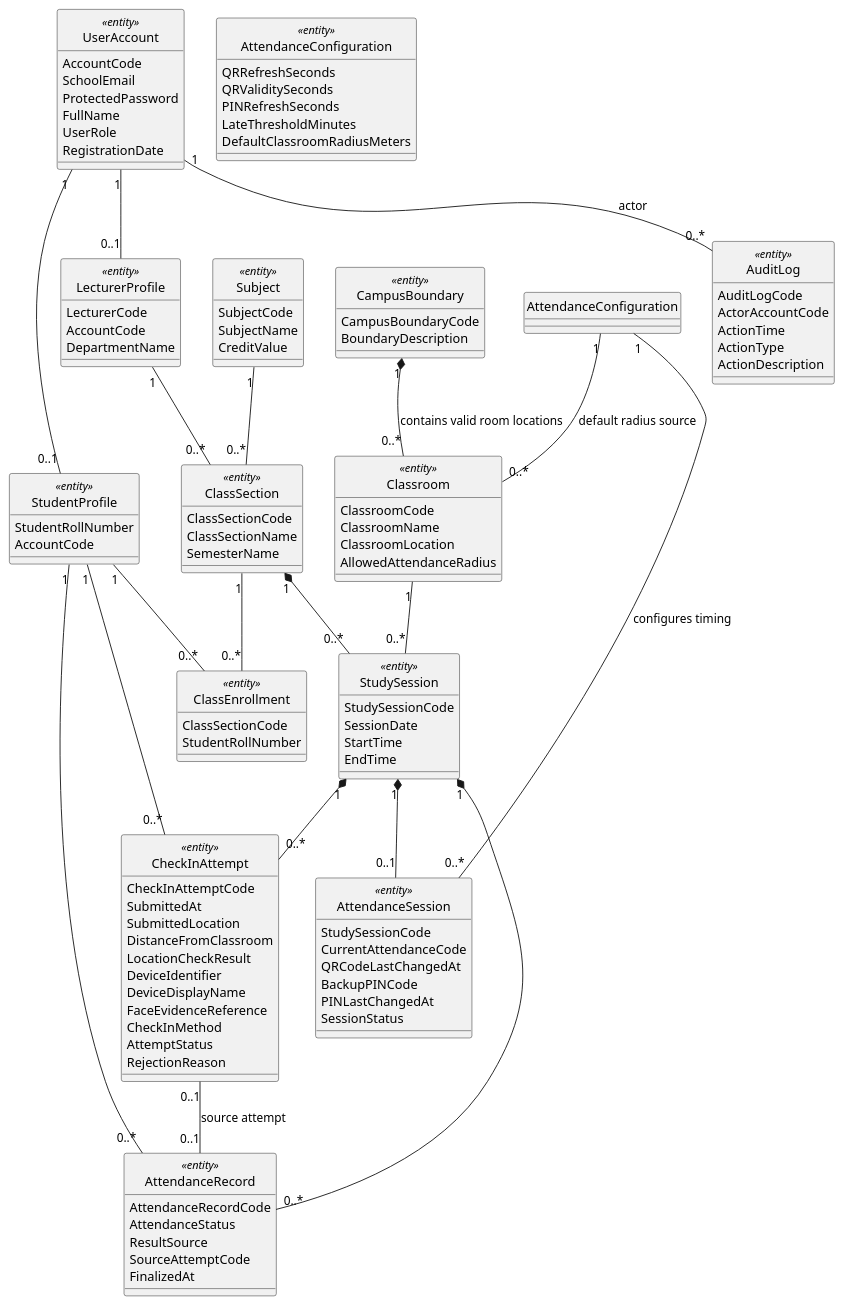
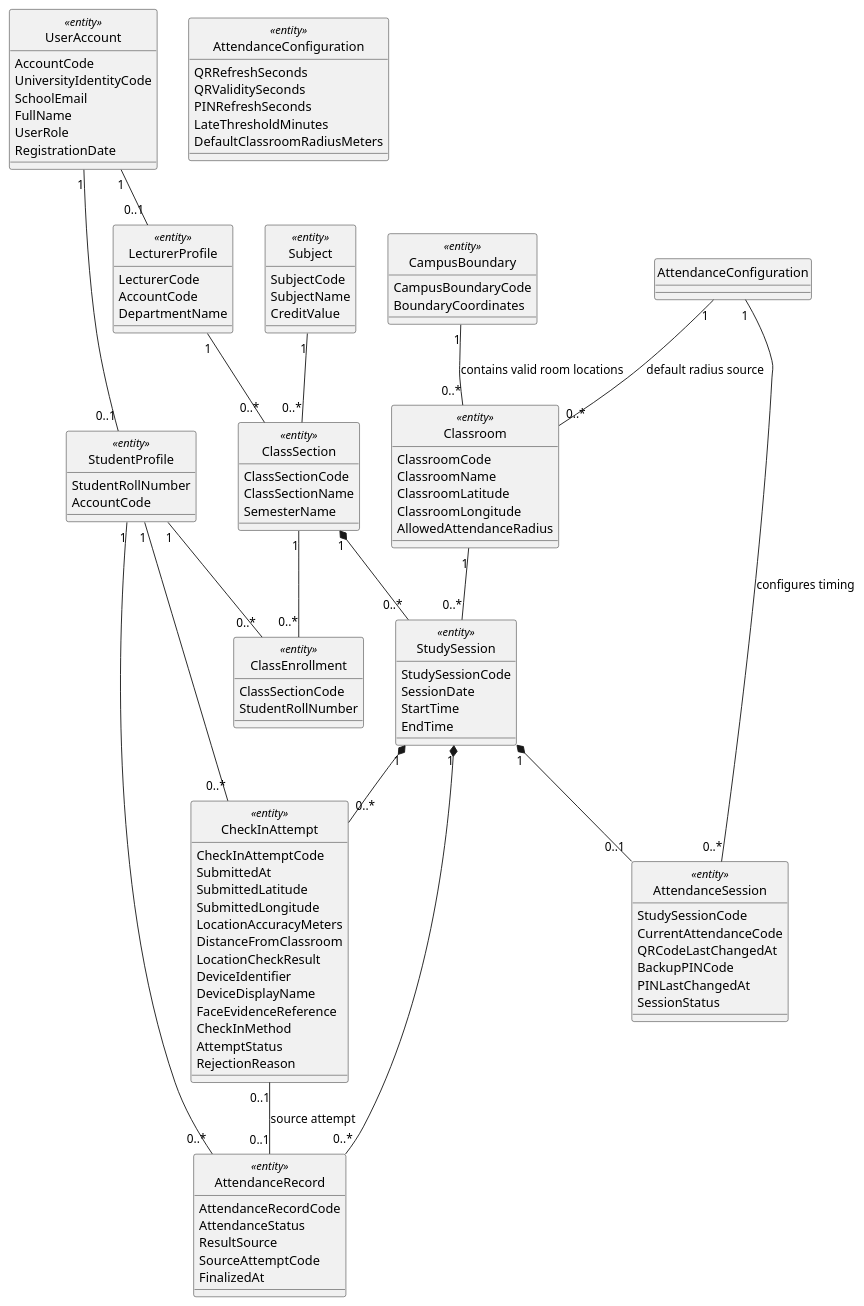
The first of 29 diagrams in docs/sds/2_Analysis.md (nttung42/SWD392), drawn with PlantUML before and after one commit. The commit also changed other lines of this file and 5 other files, not shown here.

````diff
--- a/docs/sds/2_Analysis.md
+++ b/docs/sds/2_Analysis.md
@@ -19,8 +19,8 @@
 
 class "UserAccount" as UserAccount <<entity>> {
   AccountCode
+  UniversityIdentityCode
   SchoolEmail
-  ProtectedPassword
   FullName
   UserRole
   RegistrationDate
@@ -40,13 +40,14 @@
 class "Classroom" as Classroom <<entity>> {
   ClassroomCode
   ClassroomName
-  ClassroomLocation
+  ClassroomLatitude
+  ClassroomLongitude
   AllowedAttendanceRadius
 }
 
 class "CampusBoundary" as CampusBoundary <<entity>> {
   CampusBoundaryCode
-  BoundaryDescription
+  BoundaryCoordinates
 }
 
 class "Subject" as Subject <<entity>> {
@@ -93,7 +94,9 @@
 class "CheckInAttempt" as CheckInAttempt <<entity>> {
   CheckInAttemptCode
   SubmittedAt
-  SubmittedLocation
+  SubmittedLatitude
+  SubmittedLongitude
+  LocationAccuracyMeters
   DistanceFromClassroom
   LocationCheckResult
   DeviceIdentifier
@@ -112,17 +115,9 @@
   FinalizedAt
 }
 
-class "AuditLog" as AuditLog <<entity>> {
-  AuditLogCode
-  ActorAccountCode
-  ActionTime
-  ActionType
-  ActionDescription
-}
-
 UserAccount "1" -- "0..1" StudentProfile
 UserAccount "1" -- "0..1" LecturerProfile
-CampusBoundary "1" *-- "0..*" Classroom : contains valid room locations
+CampusBoundary "1" -- "0..*" Classroom : contains valid room locations
 LecturerProfile "1" -- "0..*" ClassSection
 Subject "1" -- "0..*" ClassSection
 ClassSection "1" -- "0..*" ClassEnrollment
@@ -137,6 +132,5 @@
 CheckInAttempt "0..1" -- "0..1" AttendanceRecord : source attempt
 AttendanceConfiguration "1" -- "0..*" AttendanceSession : configures timing
 AttendanceConfiguration "1" -- "0..*" Classroom : default radius source
-UserAccount "1" -- "0..*" AuditLog : actor
 @enduml
 ```
````
